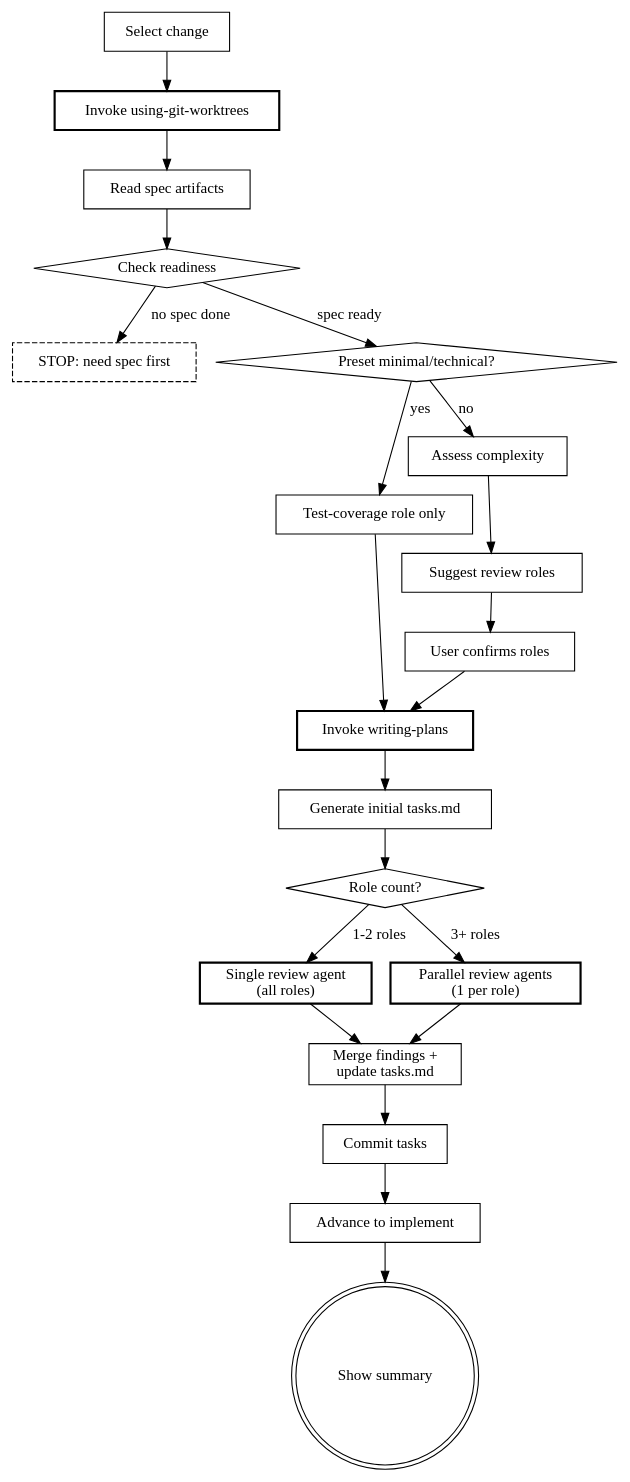
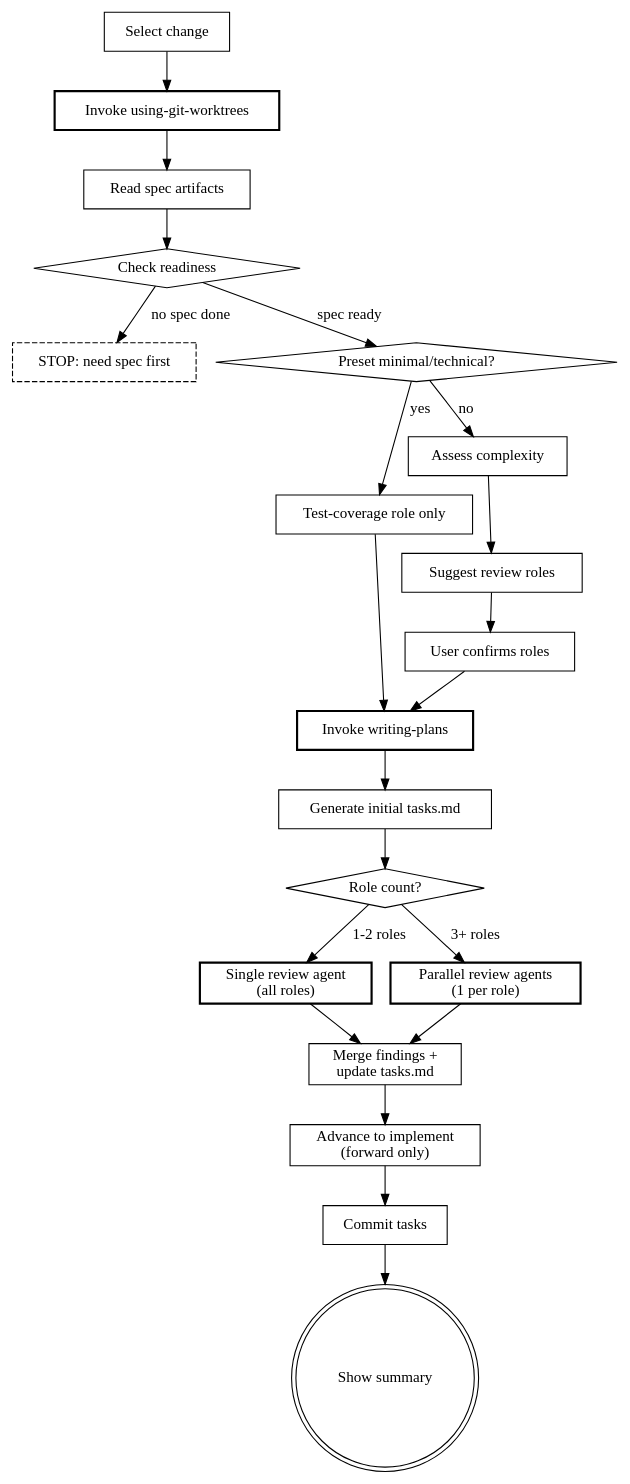
Before and after one commit to kirkchen/beat: the diagram in skills/plan/SKILL.md, drawn with Graphviz. The commit also changed other lines of this file, not shown here.

Commit message:
fix(plan): phase only moves forward, and is written before the commit
A re-run on a change in implement or later reset phase to tasks, and the
final implement phase was written after the commit, so the committed state
never matched the completion message.

````diff
--- a/skills/plan/SKILL.md
+++ b/skills/plan/SKILL.md
@@ -77,44 +77,44 @@
 ```dot
 digraph plan {
     "Select change" [shape=box];
     "Invoke using-git-worktrees" [shape=box, style=bold];
     "Read spec artifacts" [shape=box];
     "Check readiness" [shape=diamond];
     "STOP: need spec first" [shape=box, style=dashed];
     "Preset minimal/technical?" [shape=diamond];
     "Test-coverage role only" [shape=box];
     "Assess complexity" [shape=box];
     "Suggest review roles" [shape=box];
     "User confirms roles" [shape=box];
     "Invoke writing-plans" [shape=box, style=bold];
     "Generate initial tasks.md" [shape=box];
     "Role count?" [shape=diamond];
     "Single review agent\n(all roles)" [shape=box, style=bold];
     "Parallel review agents\n(1 per role)" [shape=box, style=bold];
     "Merge findings +\nupdate tasks.md" [shape=box];
-    "Advance to implement" [shape=box];
+    "Advance to implement" [shape=box, label="Advance to implement\n(forward only)"];
     "Show summary" [shape=doublecircle];
 
     "Select change" -> "Invoke using-git-worktrees";
     "Invoke using-git-worktrees" -> "Read spec artifacts";
     "Read spec artifacts" -> "Check readiness";
     "Check readiness" -> "STOP: need spec first" [label="no spec done"];
     "Check readiness" -> "Preset minimal/technical?" [label="spec ready"];
     "Preset minimal/technical?" -> "Test-coverage role only" [label="yes"];
     "Preset minimal/technical?" -> "Assess complexity" [label="no"];
     "Test-coverage role only" -> "Invoke writing-plans";
     "Assess complexity" -> "Suggest review roles";
     "Suggest review roles" -> "User confirms roles";
     "User confirms roles" -> "Invoke writing-plans";
     "Invoke writing-plans" -> "Generate initial tasks.md";
     "Generate initial tasks.md" -> "Role count?";
     "Role count?" -> "Single review agent\n(all roles)" [label="1-2 roles"];
     "Role count?" -> "Parallel review agents\n(1 per role)" [label="3+ roles"];
     "Single review agent\n(all roles)" -> "Merge findings +\nupdate tasks.md";
     "Parallel review agents\n(1 per role)" -> "Merge findings +\nupdate tasks.md";
-    "Merge findings +\nupdate tasks.md" -> "Commit tasks";
+    "Merge findings +\nupdate tasks.md" -> "Advance to implement";
+    "Advance to implement" -> "Commit tasks";
     "Commit tasks" [shape=box];
-    "Commit tasks" -> "Advance to implement";
-    "Advance to implement" -> "Show summary";
+    "Commit tasks" -> "Show summary";
 }
 ```
````
